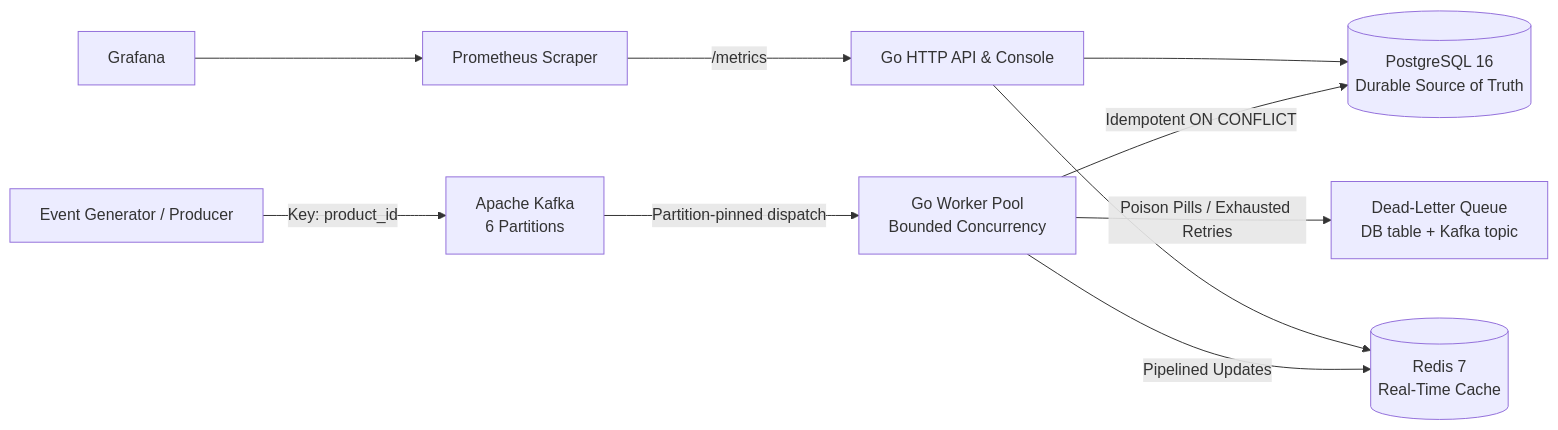
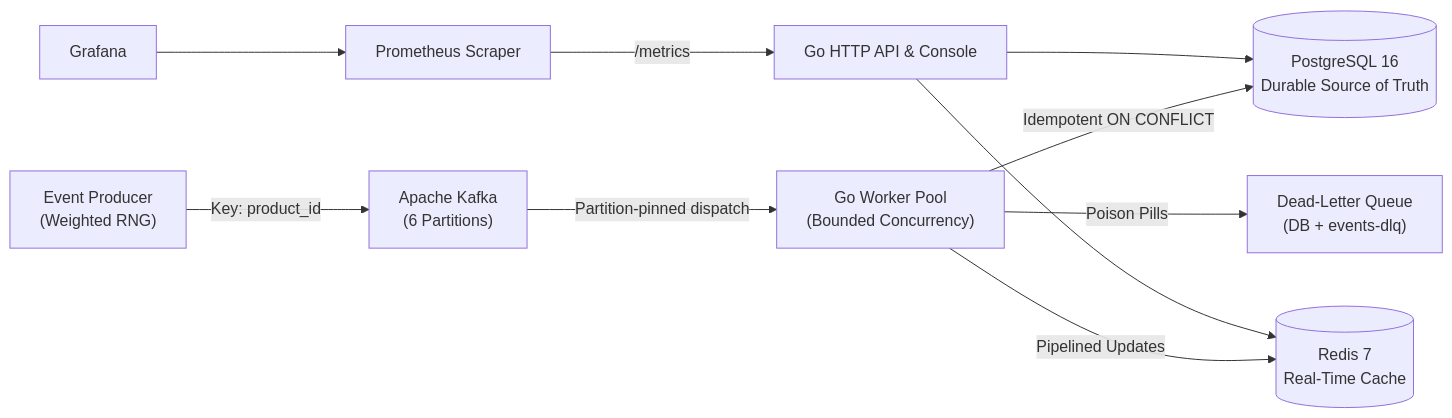
The diagram in docs/architecture.md (Sourya-Prabaharan/real-time-event-processing-engine), drawn with Mermaid before and after one commit. The commit also changed other lines of this file and 10 other files, not shown here.

````diff
--- a/docs/architecture.md
+++ b/docs/architecture.md
@@ -11,12 +13,12 @@
 ```mermaid
 flowchart LR
-    P[Event Generator / Producer] -->|Key: product_id| K[Apache Kafka<br/>6 Partitions]
-    K -->|Partition-pinned dispatch| W[Go Worker Pool<br/>Bounded Concurrency]
-    W -->|Idempotent ON CONFLICT| DB[(PostgreSQL 16<br/>Durable Source of Truth)]
-    W -->|Pipelined Updates| R[(Redis 7<br/>Real-Time Cache)]
-    W -->|Poison Pills / Exhausted Retries| DLQ[Dead-Letter Queue<br/>DB table + Kafka topic]
-    API[Go HTTP API & Console] --> DB
+    P["Event Producer<br/>(Weighted RNG)"] -->|"Key: product_id"| K["Apache Kafka<br/>(6 Partitions)"]
+    K -->|"Partition-pinned dispatch"| W["Go Worker Pool<br/>(Bounded Concurrency)"]
+    W -->|"Idempotent ON CONFLICT"| DB[("PostgreSQL 16<br/>Durable Source of Truth")]
+    W -->|"Pipelined Updates"| R[("Redis 7<br/>Real-Time Cache")]
+    W -->|"Poison Pills"| DLQ["Dead-Letter Queue<br/>(DB + events-dlq)"]
+    API["Go HTTP API & Console"] --> DB
     API --> R
-    PROM[Prometheus Scraper] -->|/metrics| API
-    G[Grafana] --> PROM
+    PROM["Prometheus Scraper"] -->|"/metrics"| API
+    G["Grafana"] --> PROM
 ```
````
